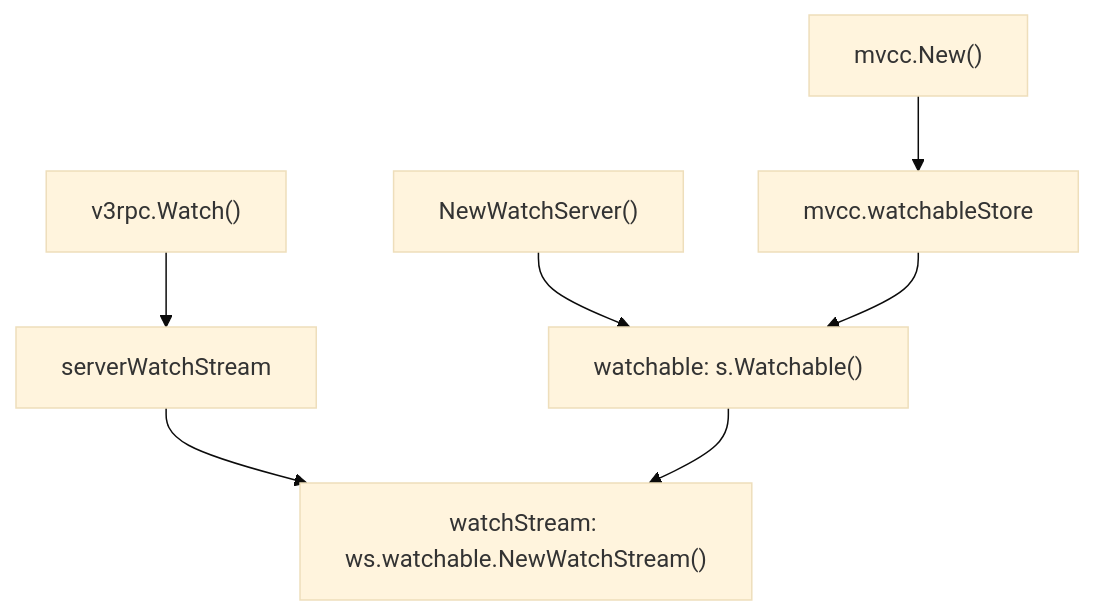
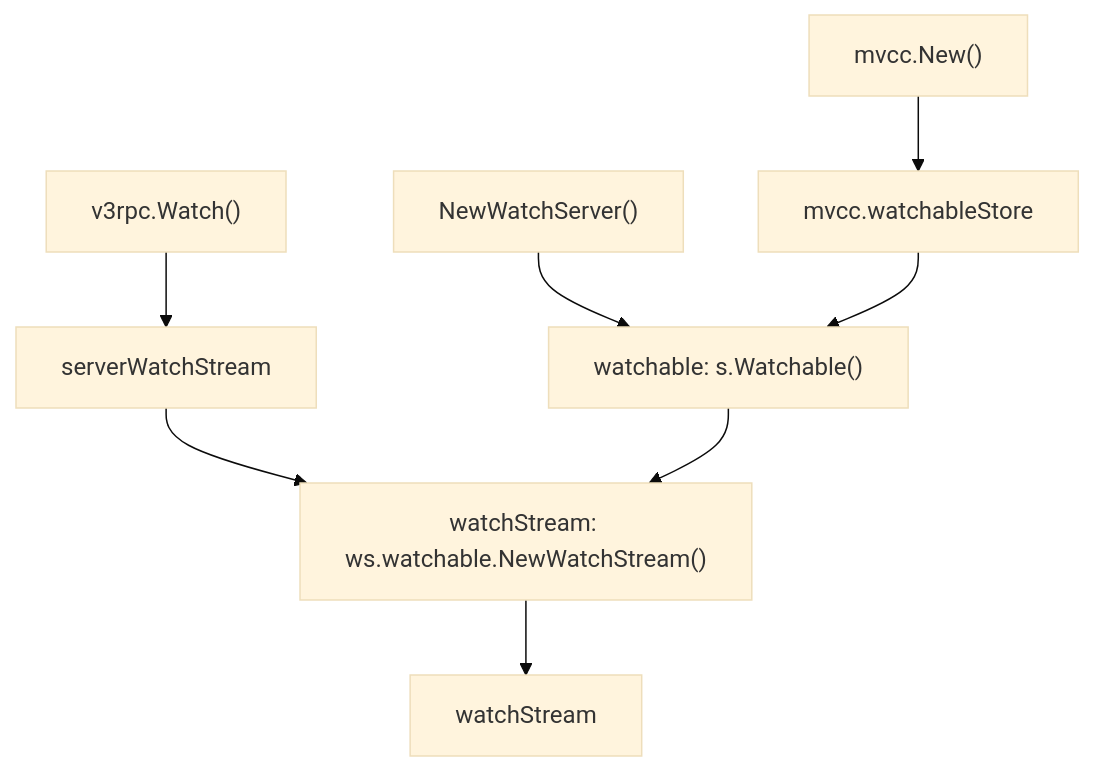
The third of 3 diagrams in Writerside/topics/etcd/etcd-watch.md (kangxiaoning/kangxiaoning.github.io), drawn with Mermaid (base theme) before and after one commit.

Commit message:
rebuilding site

````diff
--- a/Writerside/topics/etcd/etcd-watch.md
+++ b/Writerside/topics/etcd/etcd-watch.md
@@ -736,16 +736,18 @@
 ```mermaid
 flowchart TD
     A["mvcc.New()"]
     B["mvcc.watchableStore"]
     A --> B
     C["NewWatchServer()"]
     D["watchable: s.Watchable()"]
     C --> D
     B --> D
     E["v3rpc.Watch()"]
     F["serverWatchStream"]
     E --> F
     G["watchStream: ws.watchable.NewWatchStream()"]
     F --> G
     D --> G
+    H["watchStream"]
+    G --> H
 ```
````
